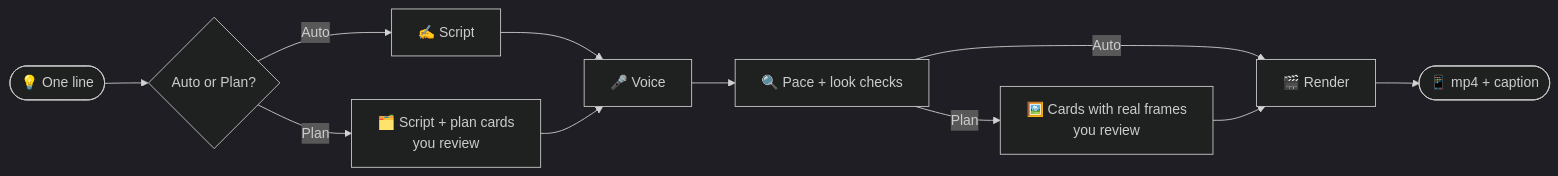
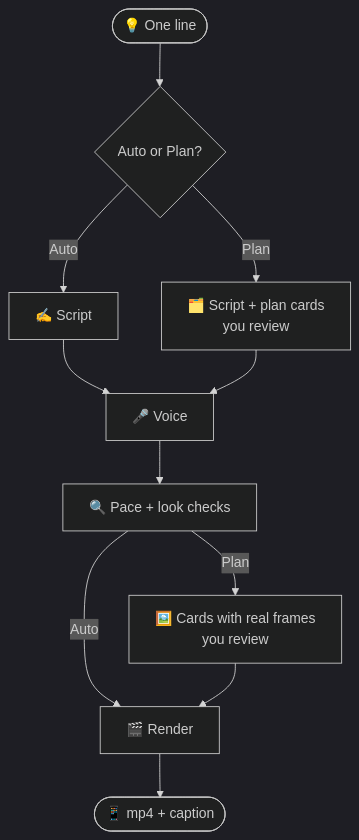
Before and after one commit to Nayan014/techno-reel: the diagram in README.md, drawn with Mermaid (dark theme).

Commit message:
README: draw the flow top-down so it stays readable

````diff
--- a/README.md
+++ b/README.md
@@ -50,13 +50,13 @@
 ```mermaid
-flowchart LR
+flowchart TD
     idea(["💡 One line"]) --> mode{"Auto or Plan?"}
     mode -- Auto --> script["✍️ Script"]
     mode -- Plan --> cards["🗂️ Script + plan cards<br/>you review"]
     script --> voice["🎤 Voice"]
     cards --> voice
     voice --> check["🔍 Pace + look checks"]
     check -- Auto --> render["🎬 Render"]
     check -- Plan --> frames["🖼️ Cards with real frames<br/>you review"]
     frames --> render
     render --> reel(["📱 mp4 + caption"])
 ```
````
